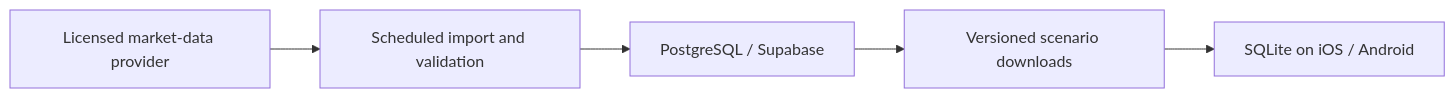
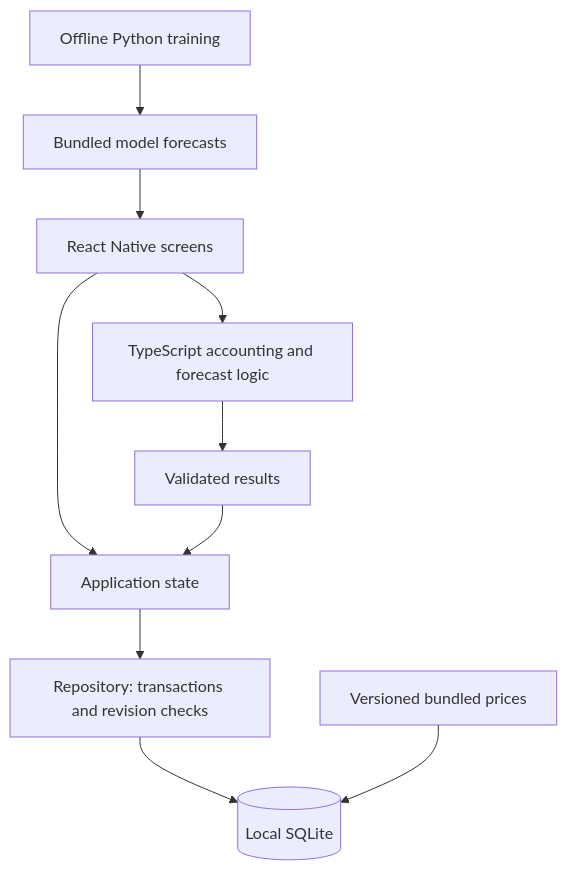
Before and after one commit to willsu42/TrySE-Stock-Learning: the diagram in README.md, drawn with Mermaid. The commit also changed other lines of this file and 1 other file, not shown here.

Commit message:
update readme and roadmap

````diff
--- a/README.md
+++ b/README.md
@@ -300,7 +63,12 @@
 ```mermaid
-flowchart LR
-    A[Licensed market-data provider] --> B[Scheduled import and validation]
-    B --> C[PostgreSQL / Supabase]
-    C --> D[Versioned scenario downloads]
-    D --> E[SQLite on iOS / Android]
+flowchart TD
+    UI[React Native screens] --> Domain[TypeScript accounting and forecast logic]
+    UI --> Store[Application state]
+    Domain --> Result[Validated results]
+    Result --> Store
+    Store --> Repo[Repository: transactions and revision checks]
+    Repo --> DB[(Local SQLite)]
+    Fixtures[Versioned bundled prices] --> DB
+    Python[Offline Python training] --> Forecasts[Bundled model forecasts]
+    Forecasts --> UI
 ```
````
